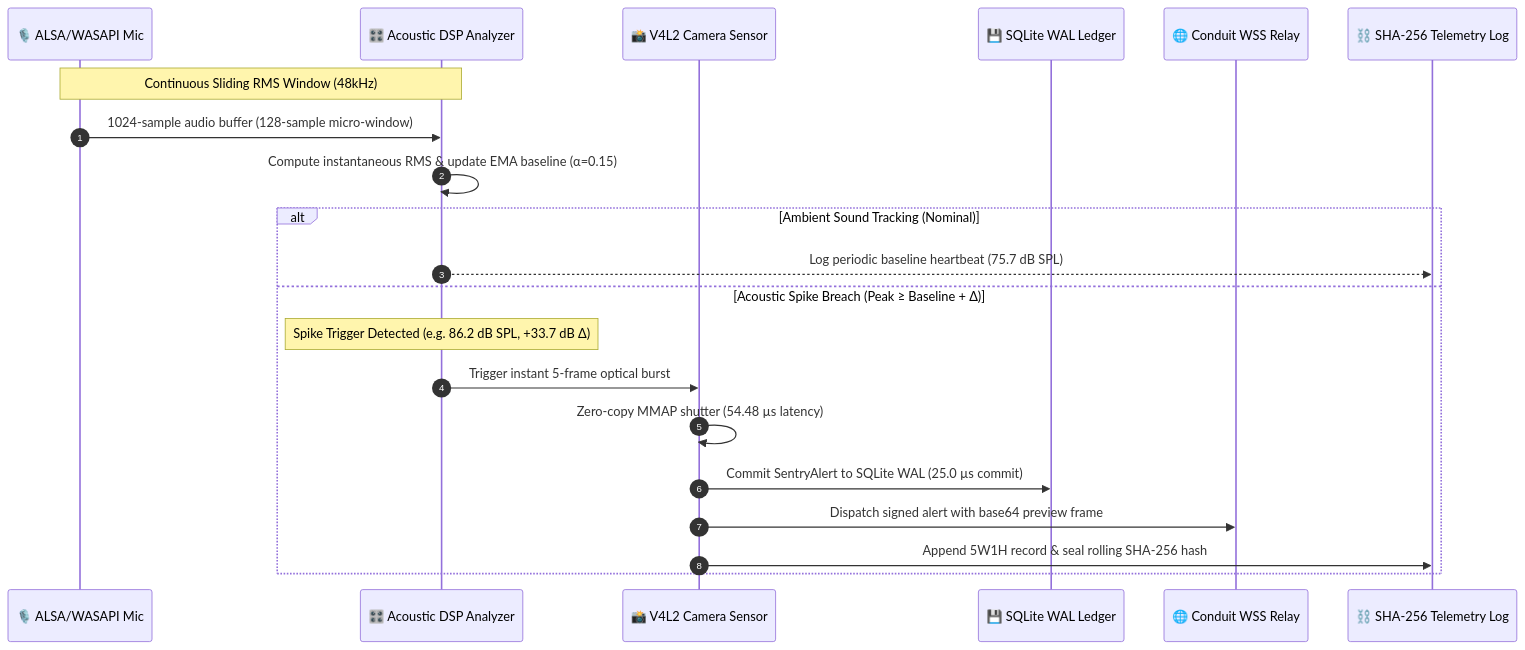
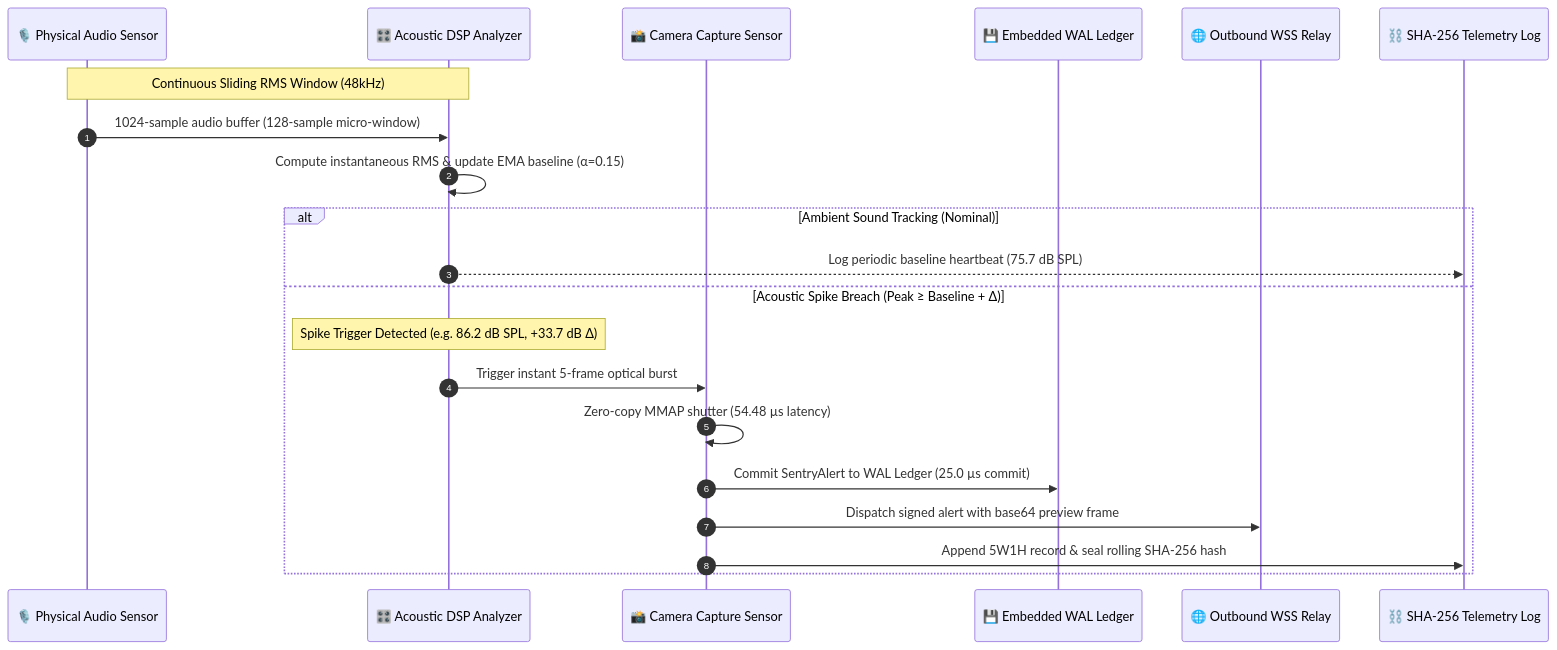
Before and after one commit to xuoxod/sentry-edge: the diagram in docs/OPERATOR_GUIDE.md, drawn with Mermaid. The commit also changed other lines of this file and 5 other files, not shown here.

````diff
--- a/docs/OPERATOR_GUIDE.md
+++ b/docs/OPERATOR_GUIDE.md
@@ -19,25 +19,25 @@
 ```mermaid
 sequenceDiagram
     autonumber
-    participant Mic as 🎙️ ALSA/WASAPI Mic
+    participant Mic as 🎙️ Physical Audio Sensor
     participant DSP as 🎛️ Acoustic DSP Analyzer
-    participant Cam as 📸 V4L2 Camera Sensor
-    participant Ledger as 💾 SQLite WAL Ledger
-    participant Bridge as 🌐 Conduit WSS Relay
+    participant Cam as 📸 Camera Capture Sensor
+    participant Ledger as 💾 Embedded WAL Ledger
+    participant Bridge as 🌐 Outbound WSS Relay
     participant Log as ⛓️ SHA-256 Telemetry Log
 
     Note over Mic,DSP: Continuous Sliding RMS Window (48kHz)
     Mic->>DSP: 1024-sample audio buffer (128-sample micro-window)
     DSP->>DSP: Compute instantaneous RMS & update EMA baseline (α=0.15)
     
     alt Ambient Sound Tracking (Nominal)
         DSP-->>Log: Log periodic baseline heartbeat (75.7 dB SPL)
     else Acoustic Spike Breach (Peak ≥ Baseline + Δ)
         Note over DSP: Spike Trigger Detected (e.g. 86.2 dB SPL, +33.7 dB Δ)
         DSP->>Cam: Trigger instant 5-frame optical burst
         Cam->>Cam: Zero-copy MMAP shutter (54.48 µs latency)
-        Cam->>Ledger: Commit SentryAlert to SQLite WAL (25.0 µs commit)
+        Cam->>Ledger: Commit SentryAlert to WAL Ledger (25.0 µs commit)
         Cam->>Bridge: Dispatch signed alert with base64 preview frame
         Cam->>Log: Append 5W1H record & seal rolling SHA-256 hash
     end
 ```
````
